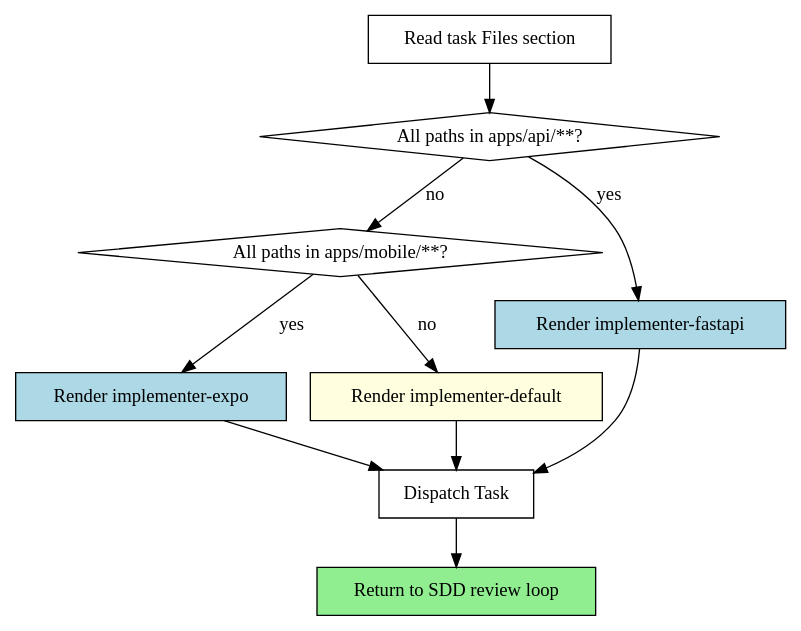
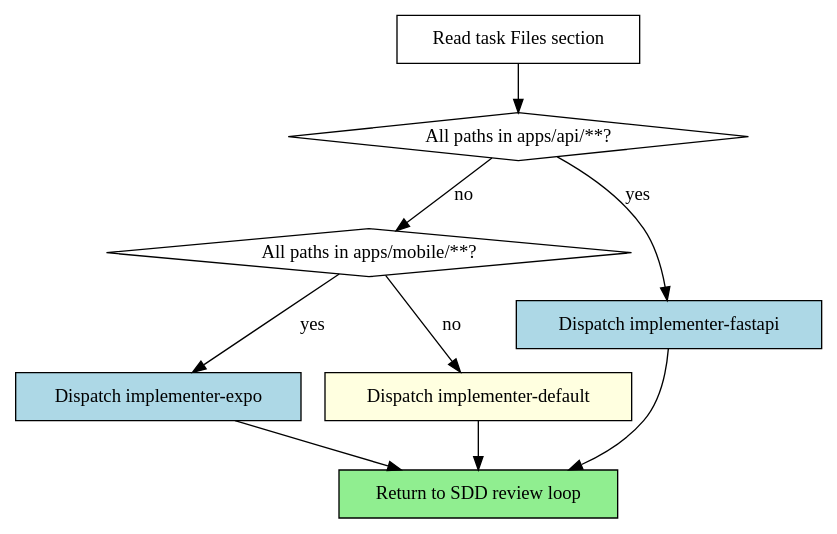
One commit to mabry-prv/superpowers changed the diagram in skills/dispatching-domain-agents/SKILL.md. Above: the diagram before and after it, drawn with Graphviz. The commit also changed other lines of this file, not shown here.

First line of the commit message:
refactor(dispatching-domain-agents): dispatch by agent name instead of inline template

````diff
--- a/skills/dispatching-domain-agents/SKILL.md
+++ b/skills/dispatching-domain-agents/SKILL.md
@@ -40,23 +60,21 @@
 ```dot
 digraph flow {
     rankdir=TB;
     "Read task Files section" [shape=box];
     "All paths in apps/api/**?" [shape=diamond];
     "All paths in apps/mobile/**?" [shape=diamond];
-    "Render implementer-fastapi" [shape=box style=filled fillcolor=lightblue];
-    "Render implementer-expo" [shape=box style=filled fillcolor=lightblue];
-    "Render implementer-default" [shape=box style=filled fillcolor=lightyellow];
-    "Dispatch Task" [shape=box];
+    "Dispatch implementer-fastapi" [shape=box style=filled fillcolor=lightblue];
+    "Dispatch implementer-expo" [shape=box style=filled fillcolor=lightblue];
+    "Dispatch implementer-default" [shape=box style=filled fillcolor=lightyellow];
     "Return to SDD review loop" [shape=box style=filled fillcolor=lightgreen];
 
     "Read task Files section" -> "All paths in apps/api/**?";
-    "All paths in apps/api/**?" -> "Render implementer-fastapi" [label="yes"];
+    "All paths in apps/api/**?" -> "Dispatch implementer-fastapi" [label="yes"];
     "All paths in apps/api/**?" -> "All paths in apps/mobile/**?" [label="no"];
-    "All paths in apps/mobile/**?" -> "Render implementer-expo" [label="yes"];
-    "All paths in apps/mobile/**?" -> "Render implementer-default" [label="no"];
-    "Render implementer-fastapi" -> "Dispatch Task";
-    "Render implementer-expo" -> "Dispatch Task";
-    "Render implementer-default" -> "Dispatch Task";
-    "Dispatch Task" -> "Return to SDD review loop";
+    "All paths in apps/mobile/**?" -> "Dispatch implementer-expo" [label="yes"];
+    "All paths in apps/mobile/**?" -> "Dispatch implementer-default" [label="no"];
+    "Dispatch implementer-fastapi" -> "Return to SDD review loop";
+    "Dispatch implementer-expo" -> "Return to SDD review loop";
+    "Dispatch implementer-default" -> "Return to SDD review loop";
 }
 ```
````
